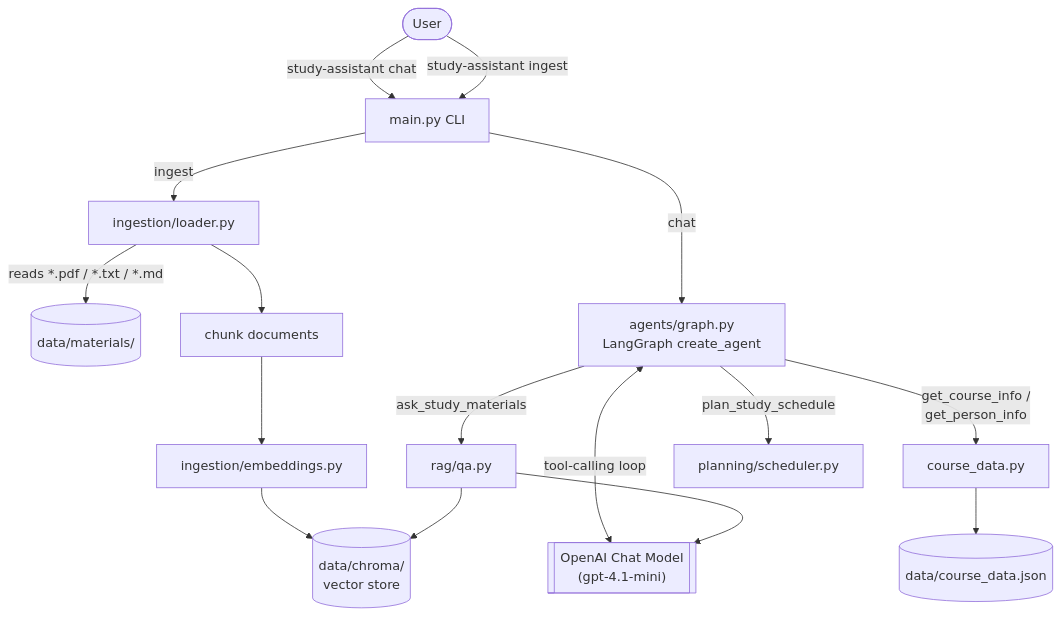
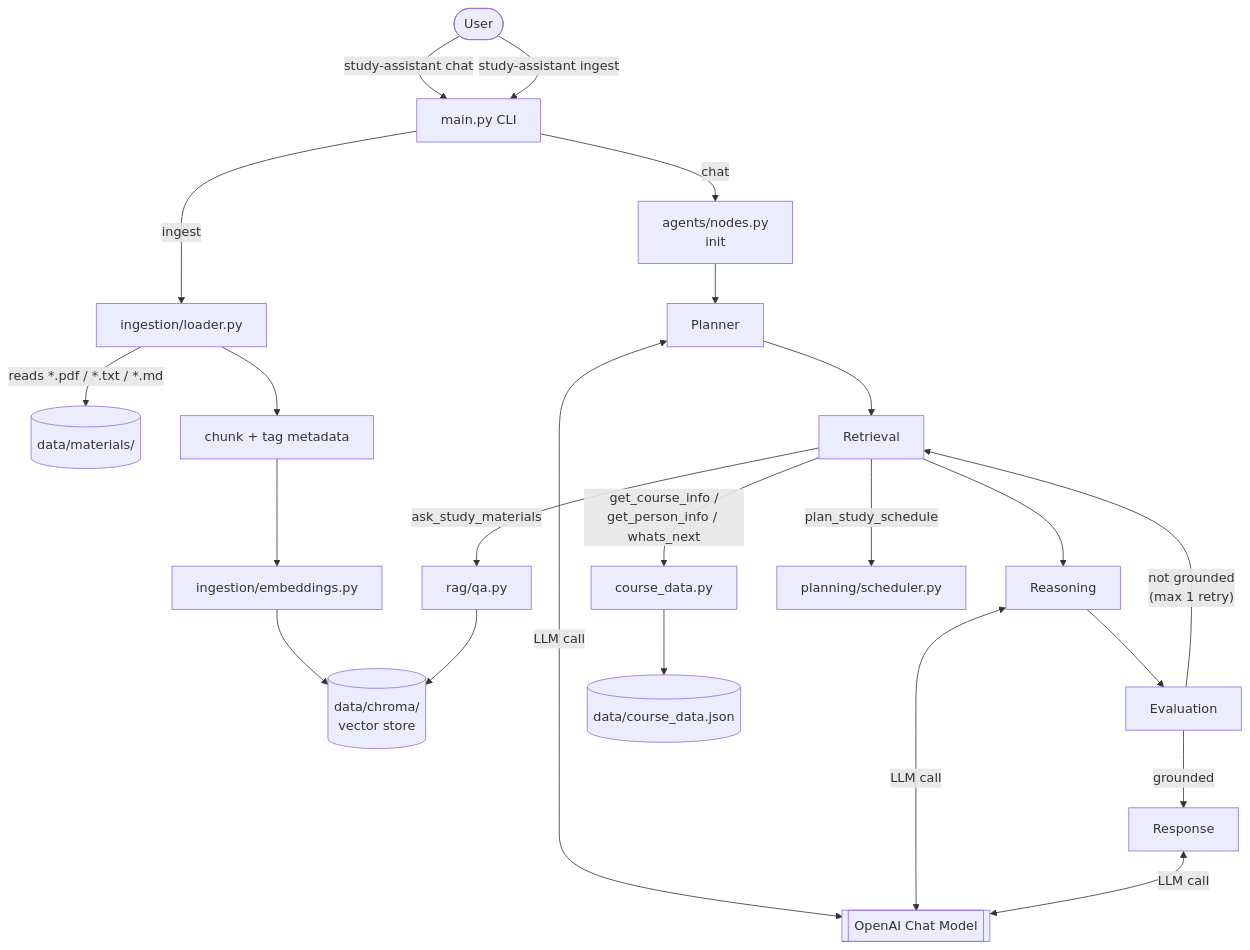
Before and after one commit to evanyaoweili/PersonalAIStudyWorkflowAssistant: the diagram in ARCHITECTURE.md, drawn with Mermaid. The commit also changed other lines of this file and 6 other files, not shown here.

````diff
--- a/ARCHITECTURE.md
+++ b/ARCHITECTURE.md
@@ -25,23 +26,29 @@
 ```mermaid
 flowchart TB
     User(["User"]) -->|"study-assistant chat"| CLI[main.py CLI]
     User -->|"study-assistant ingest"| CLI
 
     CLI -->|ingest| Loader[ingestion/loader.py]
     Loader -->|"reads *.pdf / *.txt / *.md"| Materials[("data/materials/")]
-    Loader --> Splitter[chunk documents]
+    Loader --> Splitter[chunk + tag metadata]
     Splitter --> Embed1[ingestion/embeddings.py]
     Embed1 --> Chroma[("data/chroma/\nvector store")]
 
-    CLI -->|chat| Agent[agents/graph.py\nLangGraph create_agent]
-    Agent <-->|"tool-calling loop"| LLM[["OpenAI Chat Model\n(gpt-4.1-mini)"]]
+    CLI -->|chat| Init[agents/nodes.py\ninit]
+    Init --> Planner[Planner]
+    Planner --> Retrieval[Retrieval]
+    Retrieval --> Reasoning[Reasoning]
+    Reasoning --> Evaluation[Evaluation]
+    Evaluation -->|grounded| Response[Response]
+    Evaluation -->|"not grounded\n(max 1 retry)"| Retrieval
 
-    Agent -->|"ask_study_materials"| RAG[rag/qa.py]
+    Retrieval -->|"ask_study_materials"| RAG[rag/qa.py]
     RAG --> Chroma
-    RAG --> LLM
+    Retrieval -->|"get_course_info /\nget_person_info / whats_next"| CourseData[course_data.py]
+    CourseData --> JSON[("data/course_data.json")]
+    Retrieval -->|"plan_study_schedule"| Scheduler[planning/scheduler.py]
 
-    Agent -->|"get_course_info /\nget_person_info"| CourseData[course_data.py]
-    CourseData --> JSON[("data/course_data.json")]
-
-    Agent -->|"plan_study_schedule"| Scheduler[planning/scheduler.py]
+    Planner <-->|LLM call| LLM[["OpenAI Chat Model"]]
+    Reasoning <-->|LLM call| LLM
+    Response <-->|LLM call| LLM
 ```
````
